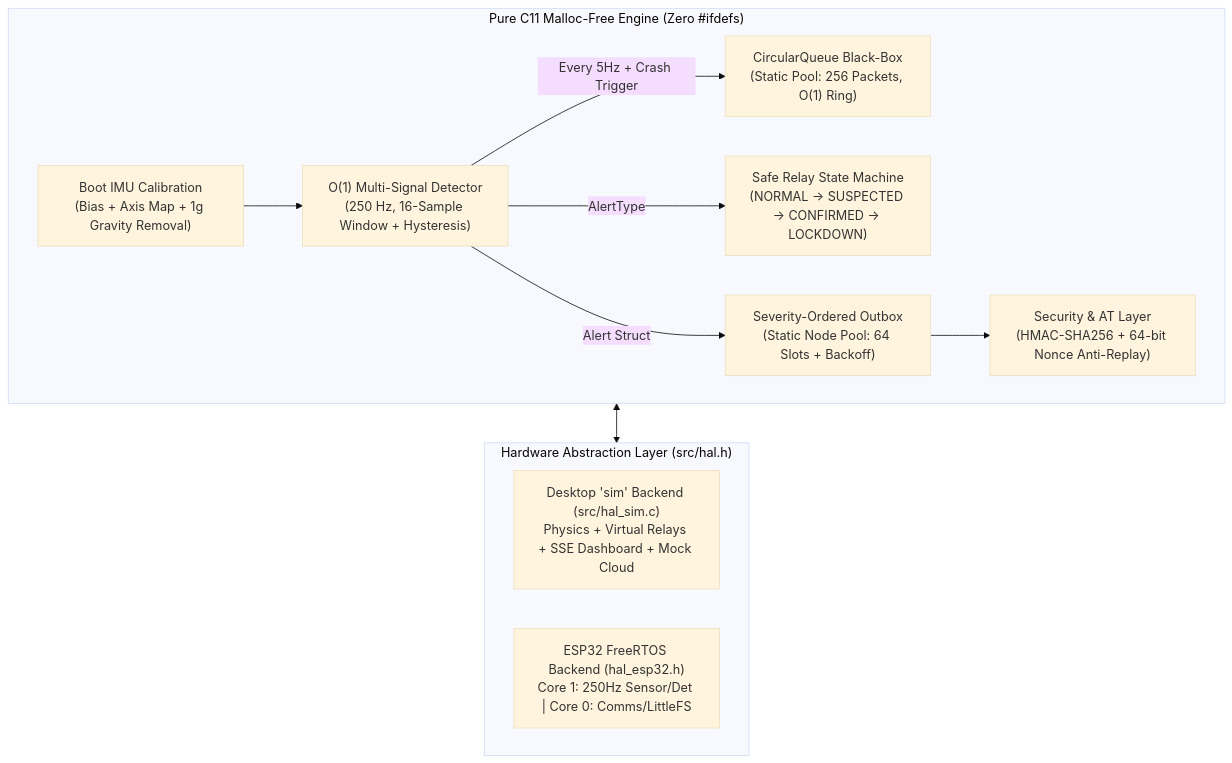
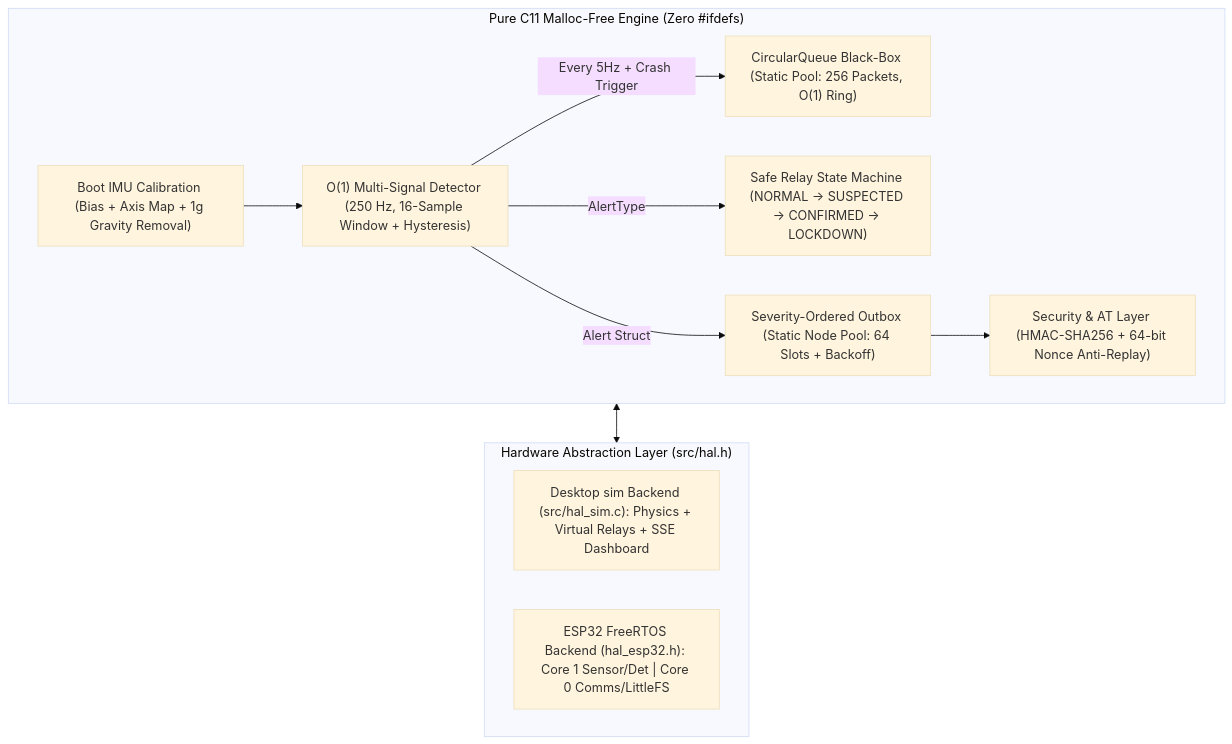
One commit to diptanshu270307-svg/Vehicle_telimetry_system changed the first of 2 diagrams in README.md. Above: the diagram before and after it, drawn with Mermaid (base theme). The commit also changed other lines of this file and 6 other files, not shown here.

````diff
--- a/README.md
+++ b/README.md
@@ -53,24 +61,24 @@
 ```mermaid
 flowchart TB
     subgraph Core["Pure C11 Malloc-Free Engine (Zero #ifdefs)"]
-        CAL["Boot IMU Calibration\n(Bias + Axis Map + 1g Gravity Removal)"]
-        DET["O(1) Multi-Signal Detector\n(250 Hz, 16-Sample Window + Hysteresis)"]
-        CQ["CircularQueue Black-Box\n(Static Pool: 256 Packets, O(1) Ring)"]
-        SM["Safe Relay State Machine\n(NORMAL -> SUSPECTED -> CONFIRMED -> LOCKDOWN)"]
-        LL["Severity-Ordered Outbox\n(Static Node Pool: 64 Slots + Backoff)"]
-        SEC["Security & AT Layer\n(HMAC-SHA256 + 64-bit Nonce Anti-Replay)"]
+        CAL["Boot IMU Calibration (Bias + Axis Map + 1g Gravity Removal)"]
+        DET["O(1) Multi-Signal Detector (250 Hz, 16-Sample Window + Hysteresis)"]
+        CQ["CircularQueue Black-Box (Static Pool: 256 Packets, O(1) Ring)"]
+        SM["Safe Relay State Machine (NORMAL -> SUSPECTED -> CONFIRMED -> LOCKDOWN)"]
+        LL["Severity-Ordered Outbox (Static Node Pool: 64 Slots + Backoff)"]
+        SEC["Security & AT Layer (HMAC-SHA256 + 64-bit Nonce Anti-Replay)"]
     end
 
     subgraph HAL["Hardware Abstraction Layer (src/hal.h)"]
         direction LR
-        SIM["Desktop 'sim' Backend (src/hal_sim.c)\nPhysics + Virtual Relays + SSE Dashboard + Mock Cloud"]
-        ESP["ESP32 FreeRTOS Backend (hal_esp32.h)\nCore 1: 250Hz Sensor/Det | Core 0: Comms/LittleFS"]
+        SIM["Desktop sim Backend (src/hal_sim.c): Physics + Virtual Relays + SSE Dashboard"]
+        ESP["ESP32 FreeRTOS Backend (hal_esp32.h): Core 1 Sensor/Det | Core 0 Comms/LittleFS"]
     end
 
     CAL --> DET
     DET -->|Every 5Hz + Crash Trigger| CQ
     DET -->|AlertType| SM
     DET -->|Alert Struct| LL
     LL --> SEC
     Core <--> HAL
 ```
````
